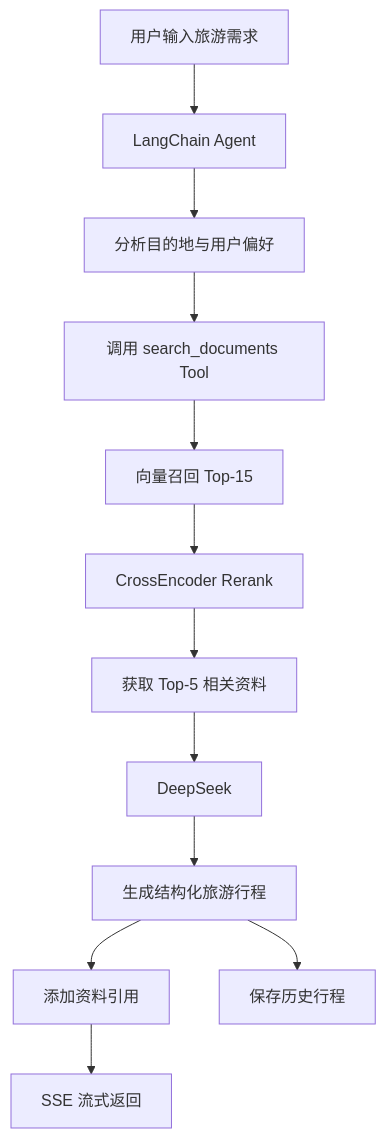
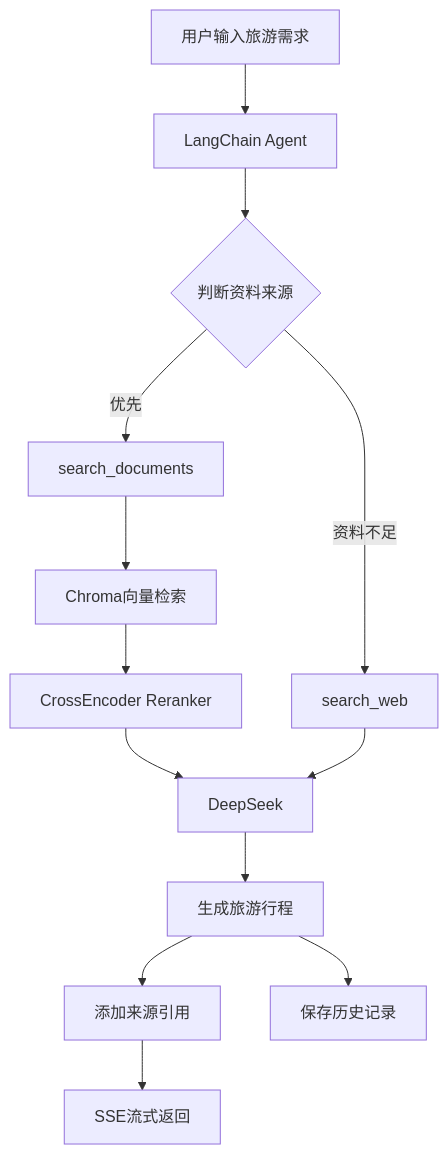
Before and after one commit to rannn-1127/TripPlanner-AI: the second of 2 diagrams in README.md, drawn with Mermaid. The commit also changed other lines of this file and 1 other file, not shown here.

````diff
--- a/README.md
+++ b/README.md
@@ -290,39 +468,77 @@
 ```mermaid
 flowchart TD
 
+
 A[用户输入旅游需求]
+
 
 B[LangChain Agent]
 
-C[分析目的地与用户偏好]
 
-D[调用 search_documents Tool]
+C{判断资料来源}
 
-E[向量召回 Top-15]
 
-F[CrossEncoder Rerank]
+D[search_documents]
 
-G[获取 Top-5 相关资料]
+
+E[Chroma向量检索]
+
+
+F[CrossEncoder Reranker]
+
+
+G[search_web]
+
 
 H[DeepSeek]
 
-I[生成结构化旅游行程]
 
-J[添加资料引用]
+I[生成旅游行程]
 
-K[SSE 流式返回]
 
-L[保存历史行程]
+J[添加来源引用]
+
+
+K[SSE流式返回]
+
+
+L[保存历史记录]
+
+
 
 A --> B
+
+
 B --> C
-C --> D
+
+
+C -->|优先| D
+
+
 D --> E
+
+
 E --> F
-F --> G
+
+
+F --> H
+
+
+C -->|资料不足| G
+
+
 G --> H
+
+
 H --> I
+
+
 I --> J
+
+
 J --> K
+
+
 I --> L
+
 ```
````
